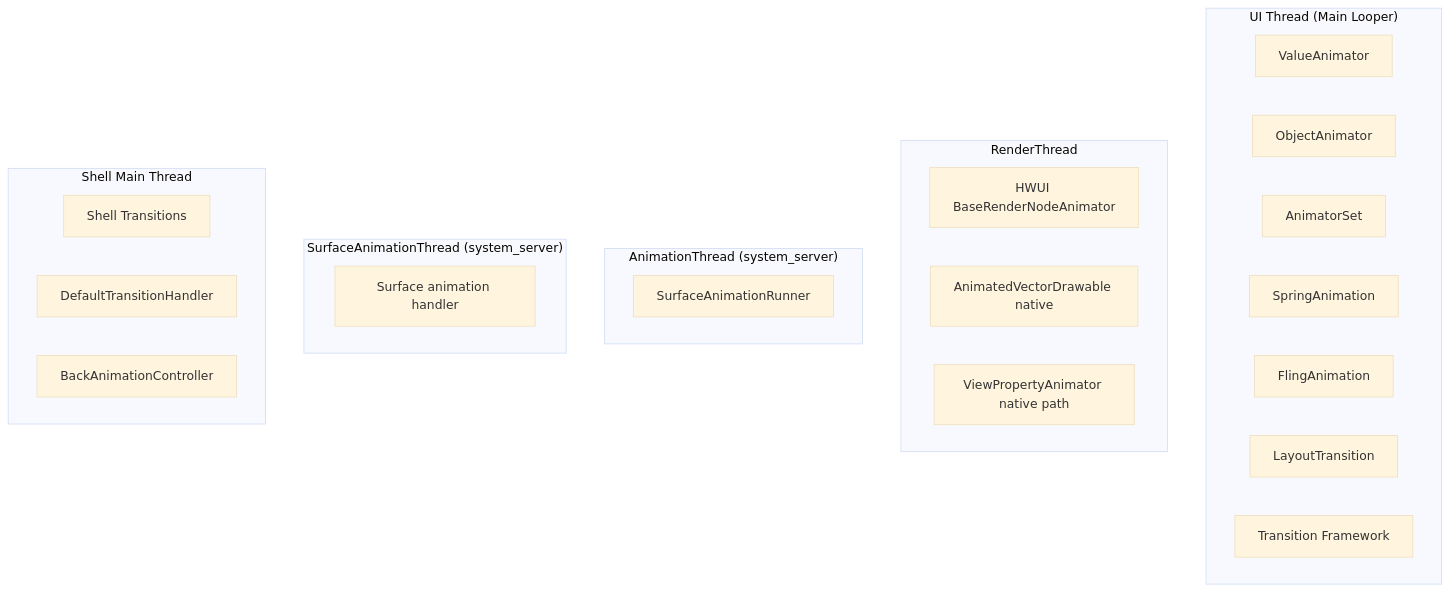
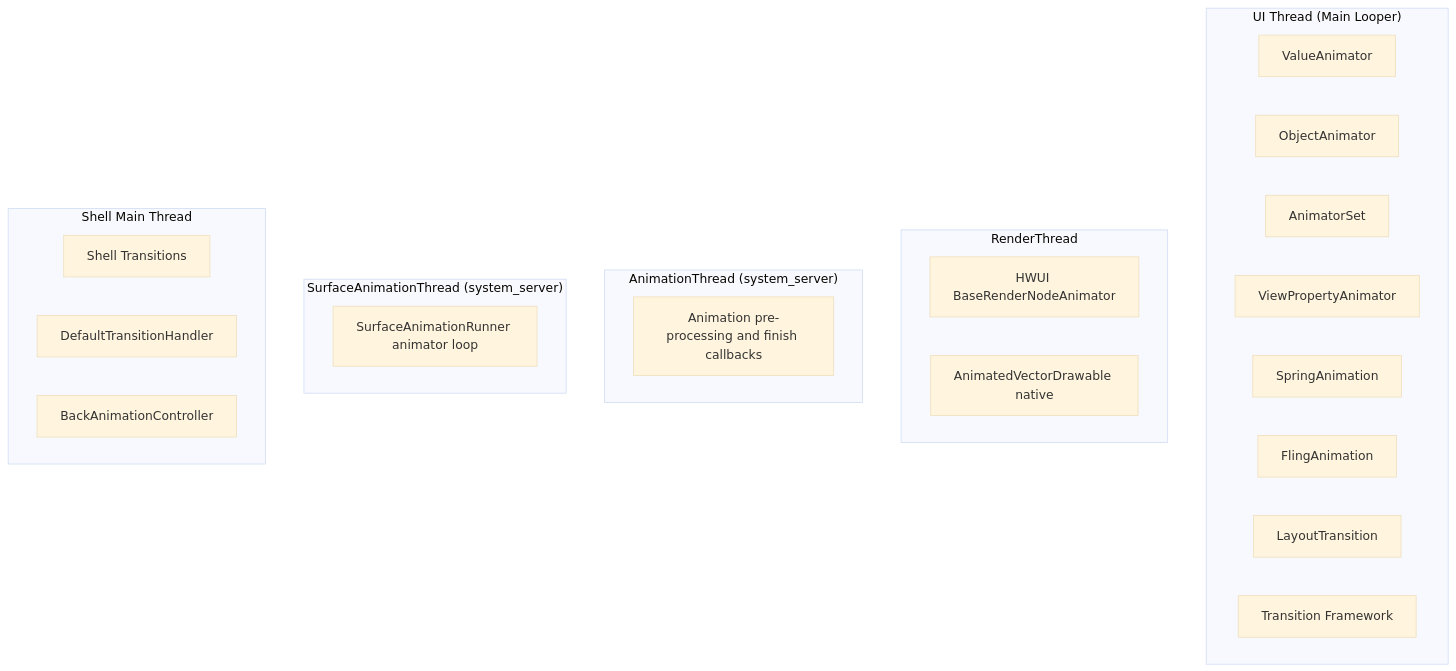
Before and after one commit to aospbooks/aosp-internal-book: the third of 47 diagrams in 14-animation-system.md, drawn with Mermaid (base theme). The commit also changed other lines of this file and 218 other files, not shown here.

````diff
--- a/14-animation-system.md
+++ b/14-animation-system.md
@@ -134,32 +134,32 @@
 ```mermaid
 graph TD
     subgraph "UI Thread (Main Looper)"
         VA[ValueAnimator]
         OA[ObjectAnimator]
         AS[AnimatorSet]
+        VPA[ViewPropertyAnimator]
         SA[SpringAnimation]
         FA[FlingAnimation]
         LT[LayoutTransition]
         TF[Transition Framework]
     end
 
     subgraph "RenderThread"
         HWUI[HWUI BaseRenderNodeAnimator]
         AVD[AnimatedVectorDrawable native]
-        VPA[ViewPropertyAnimator native path]
     end
 
     subgraph "AnimationThread (system_server)"
-        SAR[SurfaceAnimationRunner]
+        AT[Animation pre-processing and finish callbacks]
     end
 
     subgraph "SurfaceAnimationThread (system_server)"
-        SATH[Surface animation handler]
+        SAR[SurfaceAnimationRunner animator loop]
     end
 
     subgraph "Shell Main Thread"
         ST[Shell Transitions]
         DTH[DefaultTransitionHandler]
         BAC[BackAnimationController]
     end
 ```
````
